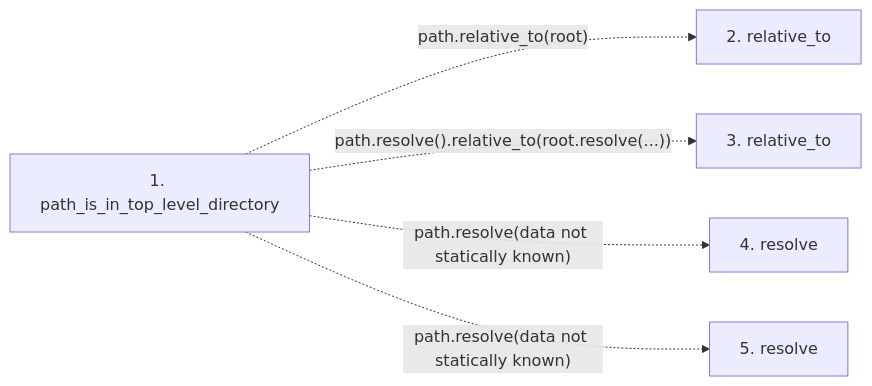
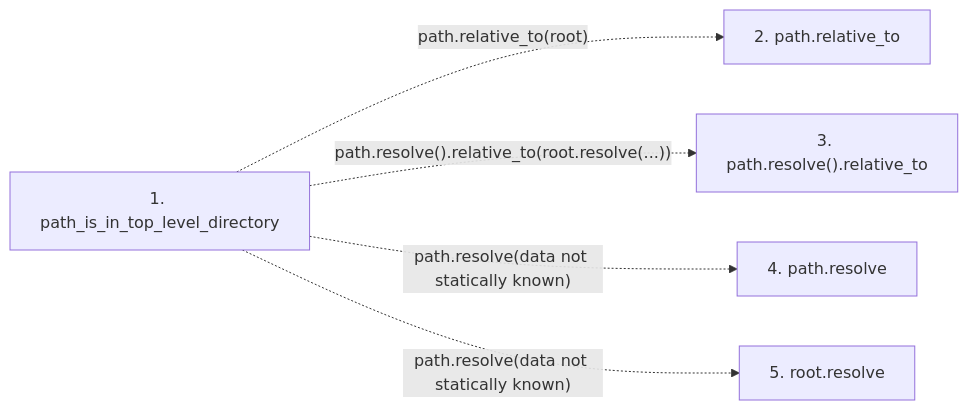
One commit to Denissvgn/python-wiki-llm changed the second of 2 diagrams in docs/llm_wiki/flows/api-path_is_in_top_level_directory.md. Above: the diagram before and after it, drawn with Mermaid. The commit also changed other lines of this file and 719 other files, not shown here.

````diff
--- a/docs/llm_wiki/flows/api-path_is_in_top_level_directory.md
+++ b/docs/llm_wiki/flows/api-path_is_in_top_level_directory.md
@@ -24,13 +26,13 @@
 ```mermaid
 flowchart LR
     s1["1. path_is_in_top_level_directory"]
-    s2["2. relative_to"]
-    s3["3. relative_to"]
-    s4["4. resolve"]
-    s5["5. resolve"]
+    s2["2. path.relative_to"]
+    s3["3. path.resolve().relative_to"]
+    s4["4. path.resolve"]
+    s5["5. root.resolve"]
     s1 -. "path.relative_to(root)" .-> s2
     s1 -. "path.resolve().relative_to(root.resolve(...))" .-> s3
     s1 -. "path.resolve(data not statically known)" .-> s4
     s1 -. "path.resolve(data not statically known)" .-> s5
     click s1 "../modules/validation.md"
 ```
````
